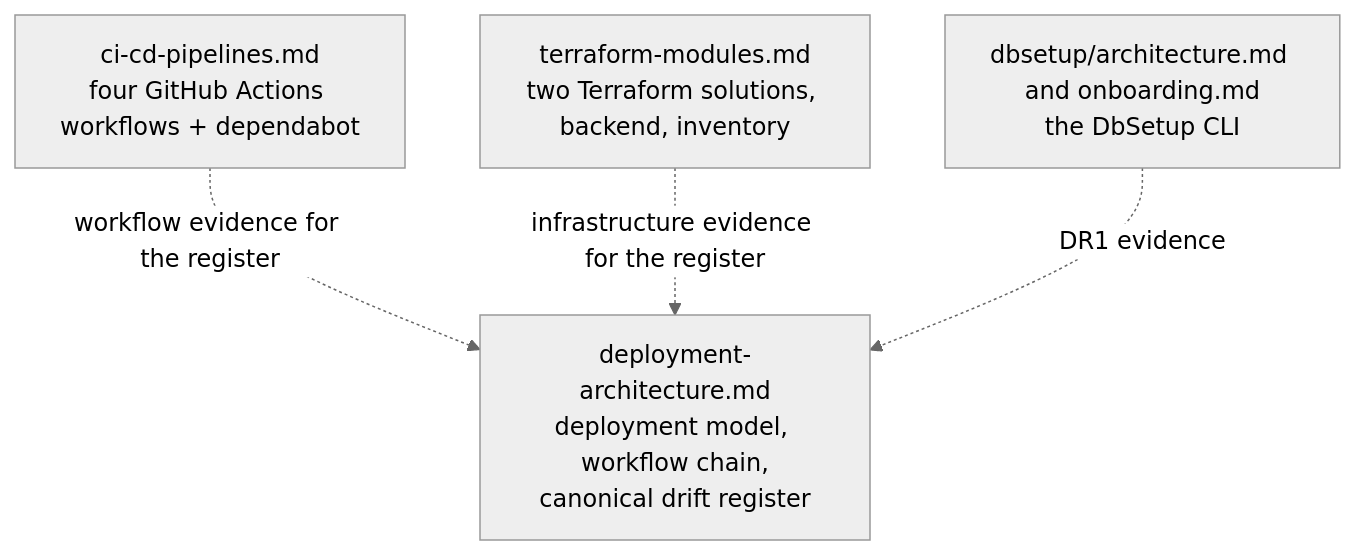
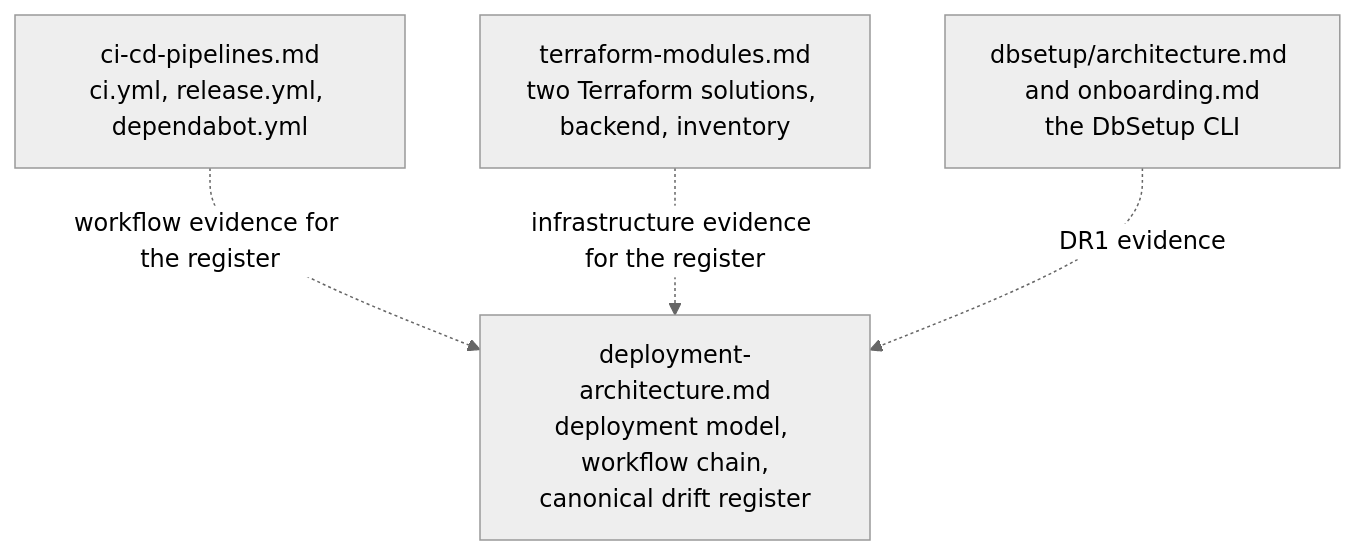
Before and after one commit to dpalfery/hotshot-logistics-demo: the diagram in 6-Docs/devops/README.md, drawn with Mermaid (neutral theme). The commit also changed other lines of this file and 16 other files, not shown here.

````diff
--- a/6-Docs/devops/README.md
+++ b/6-Docs/devops/README.md
@@ -42,10 +42,10 @@
 ```mermaid
 flowchart TD
   arch["deployment-architecture.md<br/>deployment model, workflow chain,<br/>canonical drift register"]
-  cicd["ci-cd-pipelines.md<br/>four GitHub Actions workflows + dependabot"]
+  cicd["ci-cd-pipelines.md<br/>ci.yml, release.yml, dependabot.yml"]
   tf["terraform-modules.md<br/>two Terraform solutions, backend, inventory"]
   dbs["dbsetup/architecture.md and onboarding.md<br/>the DbSetup CLI"]
   cicd -.->|"workflow evidence for the register"| arch
   tf -.->|"infrastructure evidence for the register"| arch
   dbs -.->|"DR1 evidence"| arch
 ```
````
